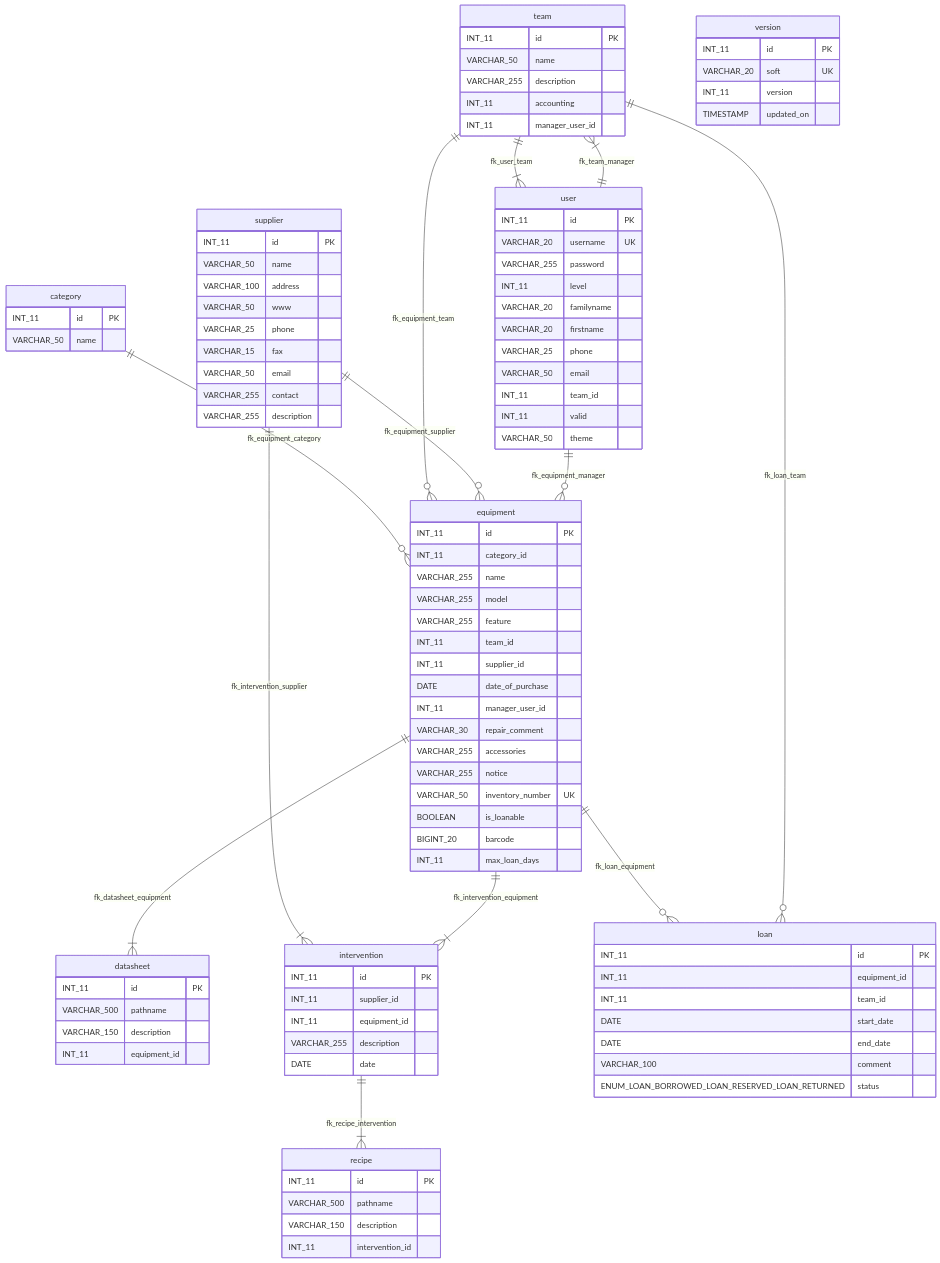
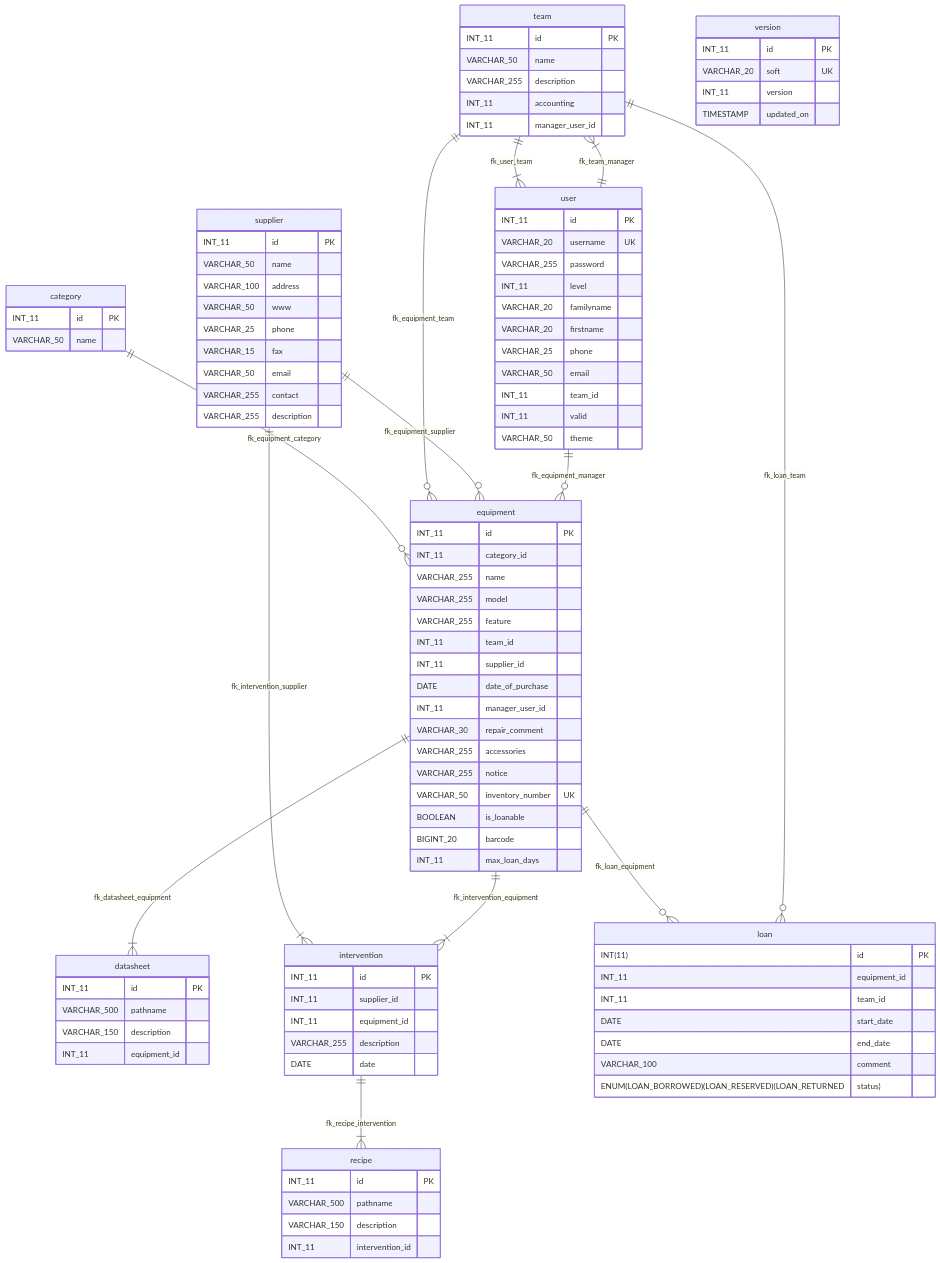
One commit to GabrielMoreau/gestex changed the diagram in README.md. Above: the diagram before and after it, drawn with Mermaid.

Commit message:
Test another style

```diff
--- a/README.md
+++ b/README.md
@@ -204,13 +204,13 @@
     }
 
     loan {
-        INT_11 id PK
+        INT(11) id PK
         INT_11 equipment_id
         INT_11 team_id
         DATE start_date
         DATE end_date
         VARCHAR_100 comment
-        ENUM_LOAN_BORROWED_LOAN_RESERVED_LOAN_RETURNED status
+        ENUM(LOAN_BORROWED)(LOAN_RESERVED)(LOAN_RETURNED status)
     }
 
     recipe {
```
